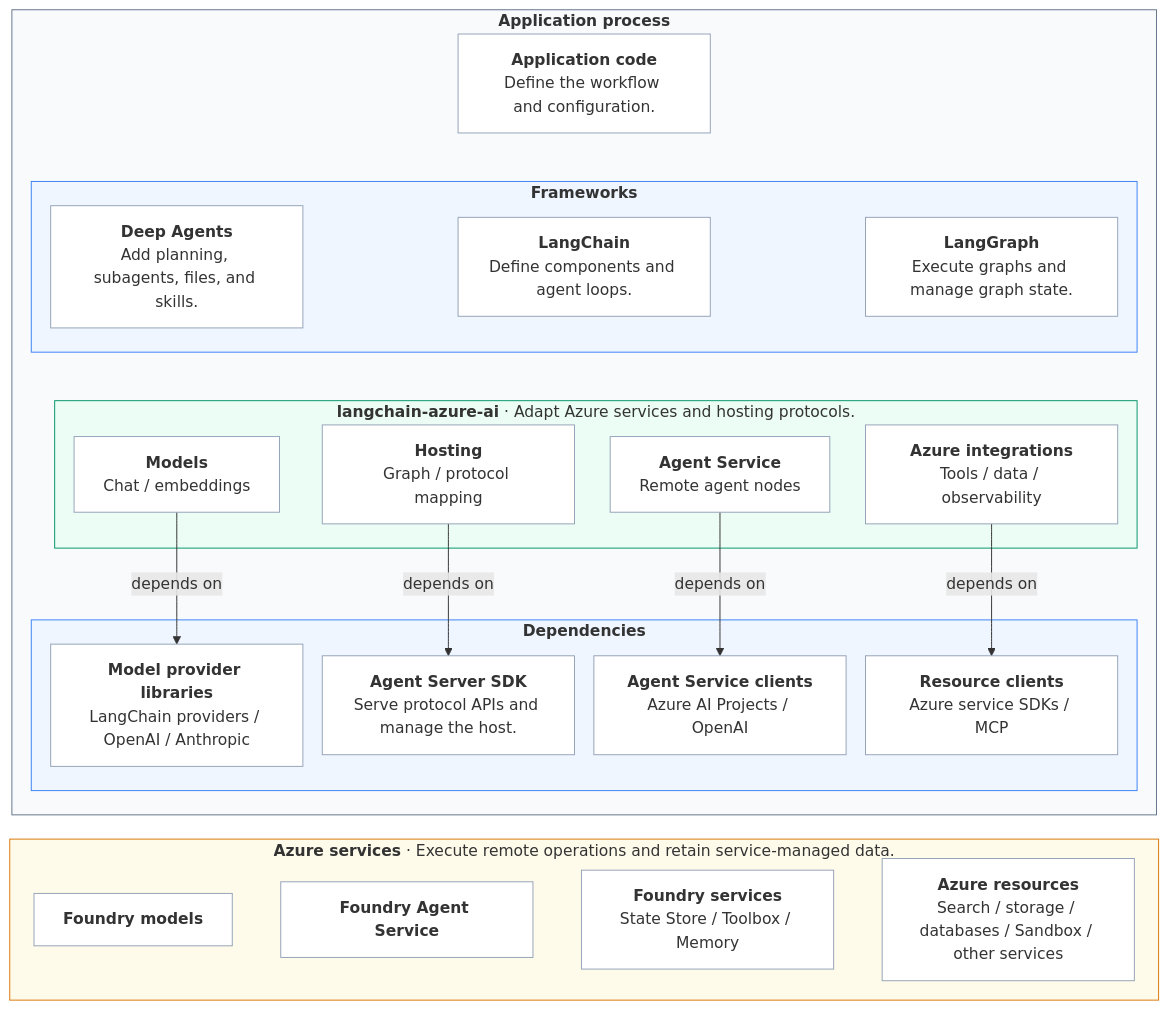
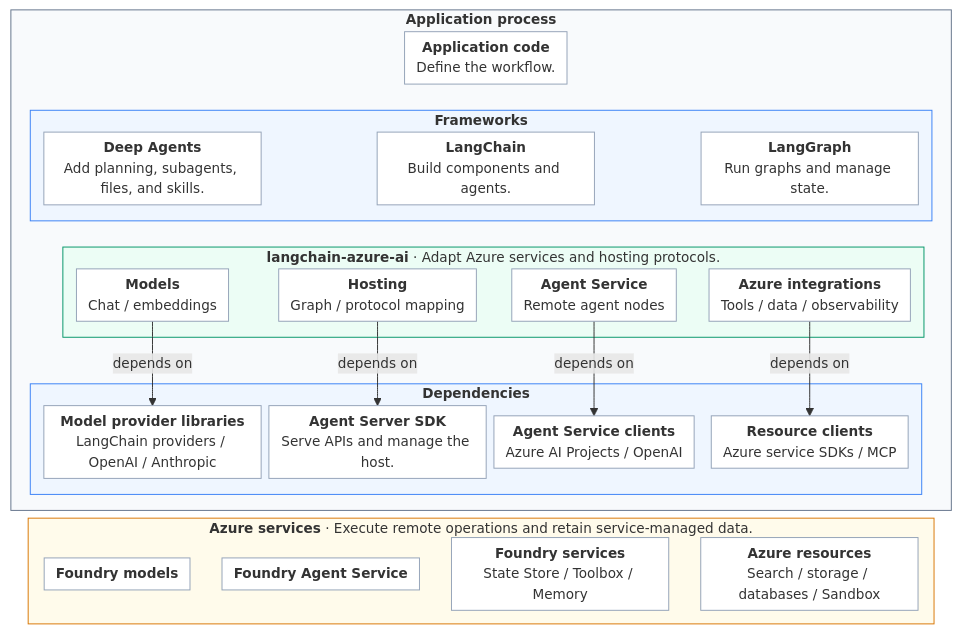
Before and after one commit to herohua/langchain-azure: the first of 3 diagrams in libs/azure-ai/docs/overview.md, drawn with Mermaid.

Commit message:
docs(azure-ai): compact the system boundaries diagram

````diff
--- a/libs/azure-ai/docs/overview.md
+++ b/libs/azure-ai/docs/overview.md
@@ -15,48 +15,48 @@
 ```mermaid
-%%{init: {"flowchart": {"nodeSpacing": 20, "rankSpacing": 25}}}%%
+%%{init: {"themeVariables": {"fontSize": "14px"}, "flowchart": {"nodeSpacing": 8, "rankSpacing": 8, "padding": 6, "diagramPadding": 4, "subGraphTitleMargin": {"top": 0, "bottom": 6}}}}%%
 flowchart TB
     subgraph process["<b>Application process</b>"]
         direction TB
-        app["<b>Application code</b><br/>Define the workflow and configuration."]
+        app["<b>Application code</b><br/>Define the workflow."]
         subgraph frameworks["<b>Frameworks</b>"]
             deep["<b>Deep Agents</b><br/>Add planning, subagents, files, and skills."]
-            langchain["<b>LangChain</b><br/>Define components and agent loops."]
-            langgraph["<b>LangGraph</b><br/>Execute graphs and manage graph state."]
+            langchain["<b>LangChain</b><br/>Build components and agents."]
+            langgraph["<b>LangGraph</b><br/>Run graphs and manage state."]
         end
         subgraph package["<b>langchain-azure-ai</b> · Adapt Azure services and hosting protocols."]
             models["<b>Models</b><br/>Chat / embeddings"]
             hosting["<b>Hosting</b><br/>Graph / protocol mapping"]
             agents["<b>Agent Service</b><br/>Remote agent nodes"]
             integrations["<b>Azure integrations</b><br/>Tools / data / observability"]
         end
         subgraph support["<b>Dependencies</b>"]
             providers["<b>Model provider libraries</b><br/>LangChain providers / OpenAI / Anthropic"]
-            server["<b>Agent Server SDK</b><br/>Serve protocol APIs and manage the host."]
+            server["<b>Agent Server SDK</b><br/>Serve APIs and manage the host."]
             agentClients["<b>Agent Service clients</b><br/>Azure AI Projects / OpenAI"]
             resourceClients["<b>Resource clients</b><br/>Azure service SDKs / MCP"]
         end
         app ~~~ deep & langchain & langgraph
         deep ~~~ models
         langchain ~~~ hosting & agents
         langgraph ~~~ integrations
         models -->|depends on| providers
         hosting -->|depends on| server
         agents -->|depends on| agentClients
         integrations -->|depends on| resourceClients
     end
     subgraph remote["<b>Azure services</b> · Execute remote operations and retain service-managed data."]
         direction LR
         foundryModels["<b>Foundry models</b>"]
         foundryAgents["<b>Foundry Agent Service</b>"]
         foundryServices["<b>Foundry services</b><br/>State Store / Toolbox / Memory"]
-        azure["<b>Azure resources</b><br/>Search / storage / databases / Sandbox / other services"]
+        azure["<b>Azure resources</b><br/>Search / storage / databases / Sandbox"]
         foundryModels ~~~ foundryAgents ~~~ foundryServices ~~~ azure
     end
     process ~~~ remote
     style process fill:#f8fafc,stroke:#64748b
     style frameworks fill:#eff6ff,stroke:#3b82f6
     style package fill:#ecfdf5,stroke:#059669
     style support fill:#eff6ff,stroke:#3b82f6
     style remote fill:#fffbeb,stroke:#d97706
     classDef default fill:#ffffff,stroke:#94a3b8
 ```
````
